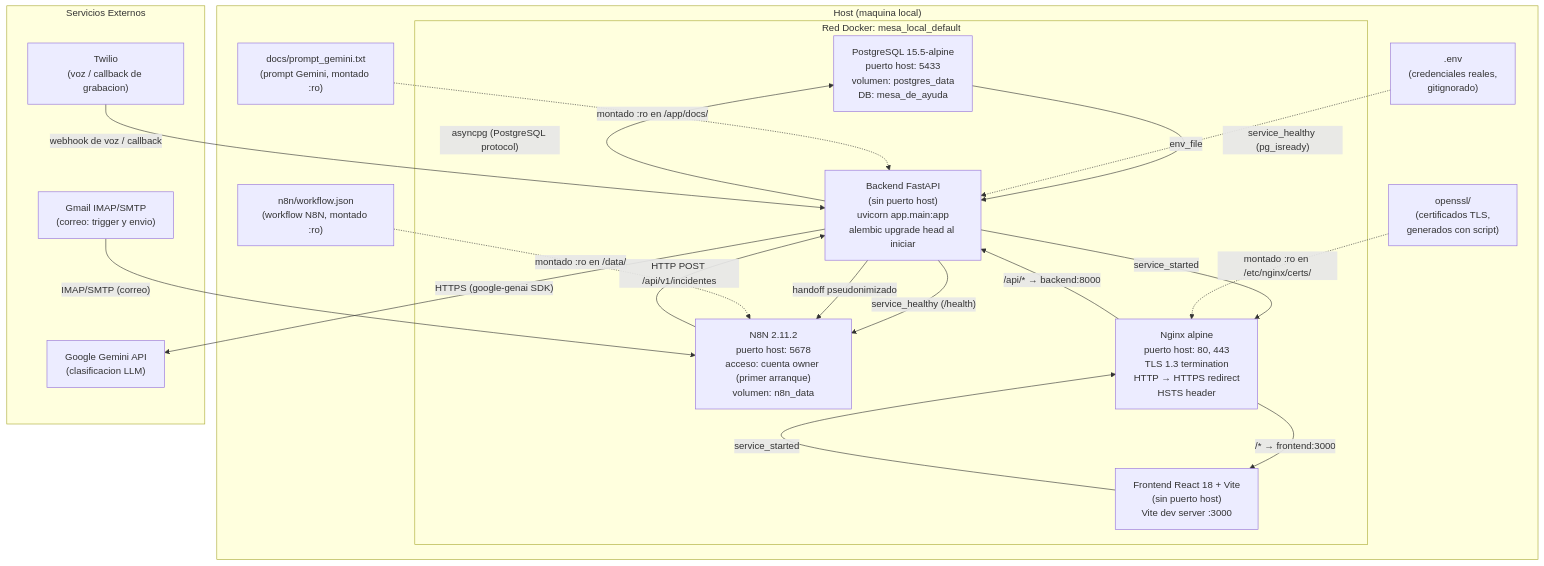
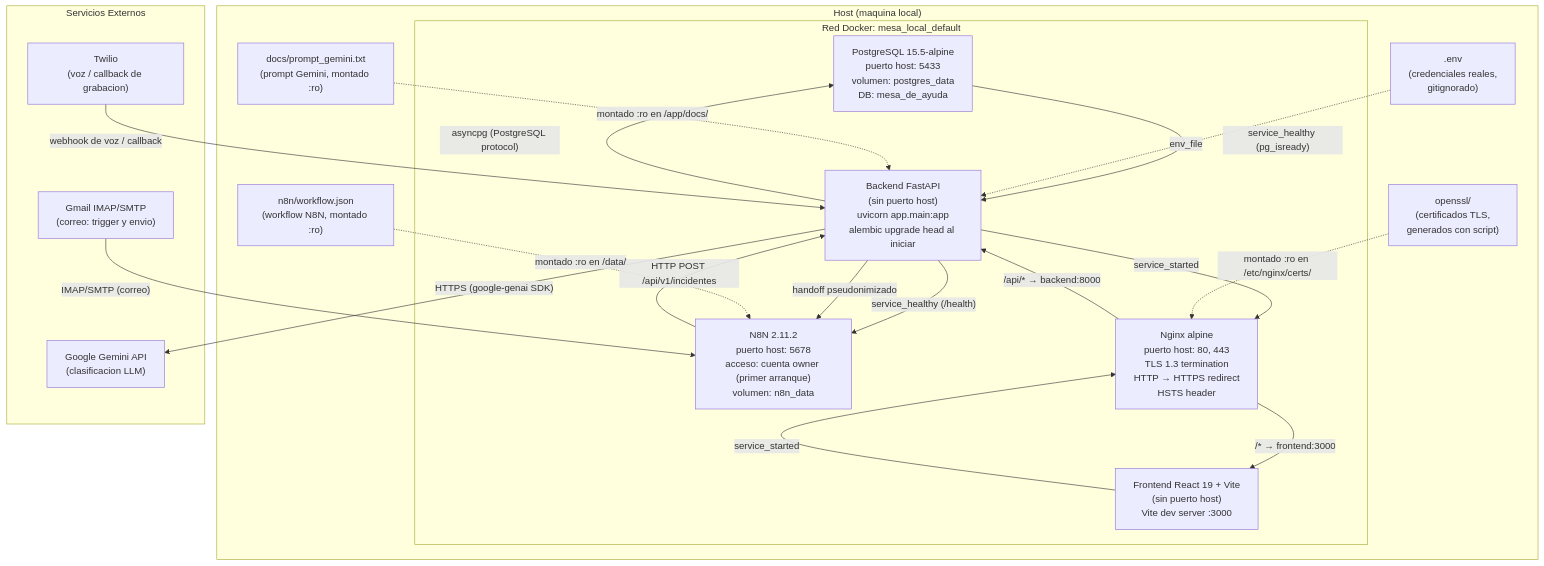
One commit to lucaGomezB/Automatizacion-de-Mesa-de-Ayuda-N8N changed the diagram in docs/diagrams/despliegue.md. Above: the diagram before and after it, drawn with Mermaid. The commit also changed 21 other files, not shown here.

Commit message:
feat(frontend): migrar a React 19 y react-router 7 (c-128, alcance reducido)

````diff
--- a/docs/diagrams/despliegue.md
+++ b/docs/diagrams/despliegue.md
@@ -10,49 +10,49 @@
 ```mermaid
 graph TD
     subgraph Host["Host (maquina local)"]
         subgraph Docker["Red Docker: mesa_local_default"]
             PG["PostgreSQL 15.5-alpine\npuerto host: 5433\nvolumen: postgres_data\nDB: mesa_de_ayuda"]
             BE["Backend FastAPI\n(sin puerto host)\nuvicorn app.main:app\nalembic upgrade head al iniciar"]
             N8N["N8N 2.11.2\npuerto host: 5678\nacceso: cuenta owner (primer arranque)\nvolumen: n8n_data"]
-            FE["Frontend React 18 + Vite\n(sin puerto host)\nVite dev server :3000"]
+            FE["Frontend React 19 + Vite\n(sin puerto host)\nVite dev server :3000"]
             NGX["Nginx alpine\npuerto host: 80, 443\nTLS 1.3 termination\nHTTP → HTTPS redirect\nHSTS header"]
         end
 
         ENV[".env\n(credenciales reales,\ngitignorado)"]
         WF["n8n/workflow.json\n(workflow N8N, montado :ro)"]
         PROMPT["docs/prompt_gemini.txt\n(prompt Gemini, montado :ro)"]
         CERTS["openssl/\n(certificados TLS,\ngenerados con script)"]
     end
 
     subgraph External["Servicios Externos"]
         GEMINI["Google Gemini API\n(clasificacion LLM)"]
         IMAP["Gmail IMAP/SMTP\n(correo: trigger y envio)"]
         TWILIO["Twilio\n(voz / callback de grabacion)"]
     end
 
     %% Dependencias de salud declaradas en el compose
     PG -- "service_healthy (pg_isready)" --> BE
     BE -- "service_healthy (/health)" --> N8N
     BE -- "service_started" --> NGX
     FE -- "service_started" --> NGX
 
     %% Comunicacion entre servicios
     BE -- "asyncpg (PostgreSQL protocol)" --> PG
     N8N -- "HTTP POST /api/v1/incidentes" --> BE
     BE -- "HTTPS (google-genai SDK)" --> GEMINI
 
     %% Nginx proxy rutas
     NGX -- "/api/* → backend:8000" --> BE
     NGX -- "/* → frontend:3000" --> FE
 
     %% Canales de entrada externos
     IMAP -- "IMAP/SMTP (correo)" --> N8N
     TWILIO -- "webhook de voz / callback" --> BE
     BE -- "handoff pseudonimizado" --> N8N
 
     %% Volumenes y archivos
     ENV -. "env_file" .-> BE
     WF -. "montado :ro en /data/" .-> N8N
     PROMPT -. "montado :ro en /app/docs/" .-> BE
     CERTS -. "montado :ro en /etc/nginx/certs/" .-> NGX
 ```
````
